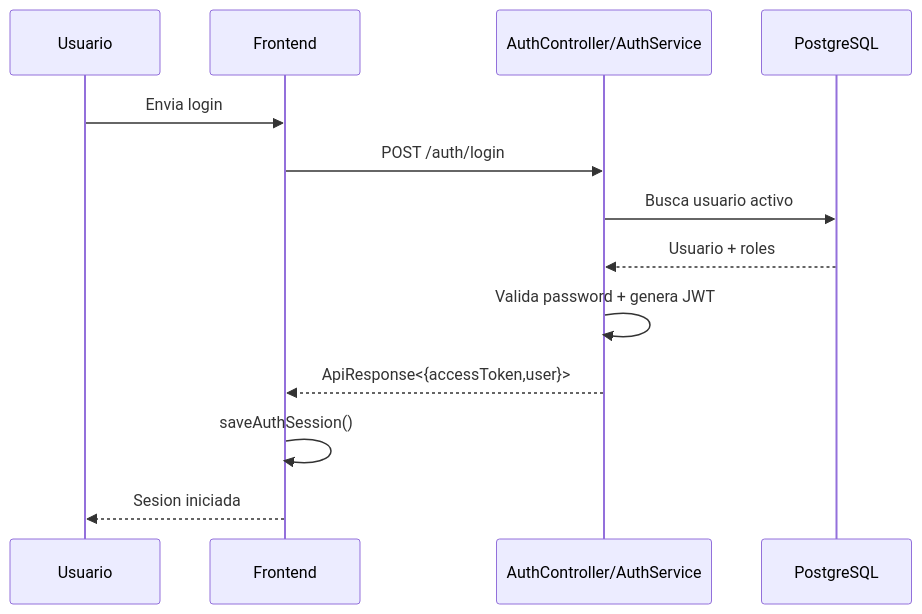
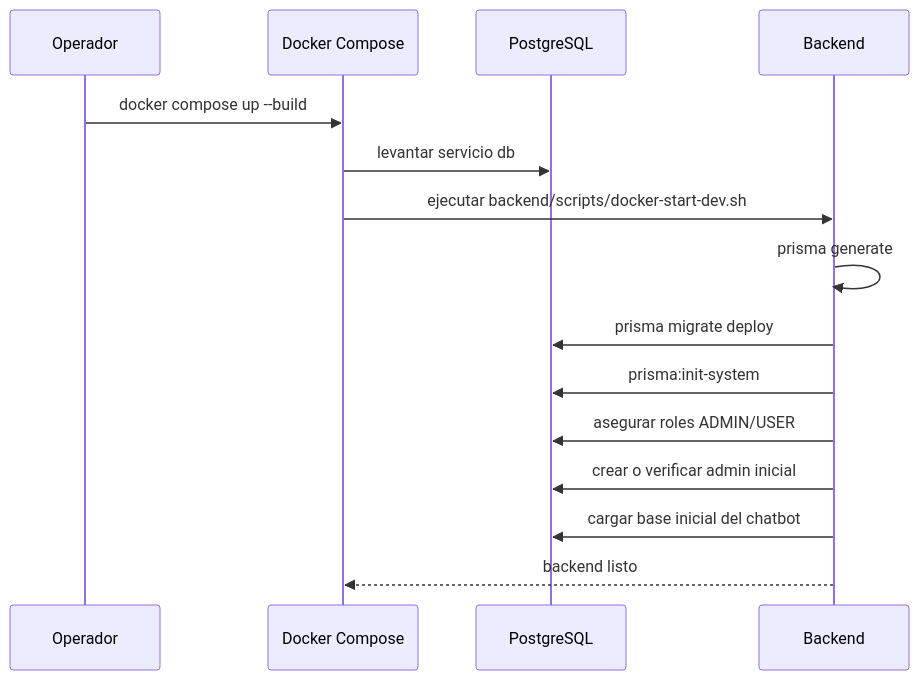
The first of 4 diagrams in docs/02-architecture/02.4-runtime-flows.md (RoockDev/proyecto-proclade), drawn with Mermaid before and after one commit. The commit also changed other lines of this file and 42 other files, not shown here.

````diff
--- a/docs/02-architecture/02.4-runtime-flows.md
+++ b/docs/02-architecture/02.4-runtime-flows.md
@@ -5,16 +5,18 @@
 ```mermaid
 sequenceDiagram
-  participant U as Usuario
-  participant FE as Frontend
-  participant API as AuthController/AuthService
+  participant Dev as Operador
+  participant Docker as Docker Compose
   participant DB as PostgreSQL
+  participant API as Backend
 
-  U->>FE: Envia login
-  FE->>API: POST /auth/login
-  API->>DB: Busca usuario activo
-  DB-->>API: Usuario + roles
-  API->>API: Valida password + genera JWT
-  API-->>FE: ApiResponse<{accessToken,user}>
-  FE->>FE: saveAuthSession()
-  FE-->>U: Sesion iniciada
+  Dev->>Docker: docker compose up --build
+  Docker->>DB: levantar servicio db
+  Docker->>API: ejecutar backend/scripts/docker-start-dev.sh
+  API->>API: prisma generate
+  API->>DB: prisma migrate deploy
+  API->>DB: prisma:init-system
+  API->>DB: asegurar roles ADMIN/USER
+  API->>DB: crear o verificar admin inicial
+  API->>DB: cargar base inicial del chatbot
+  API-->>Docker: backend listo
 ```
````
